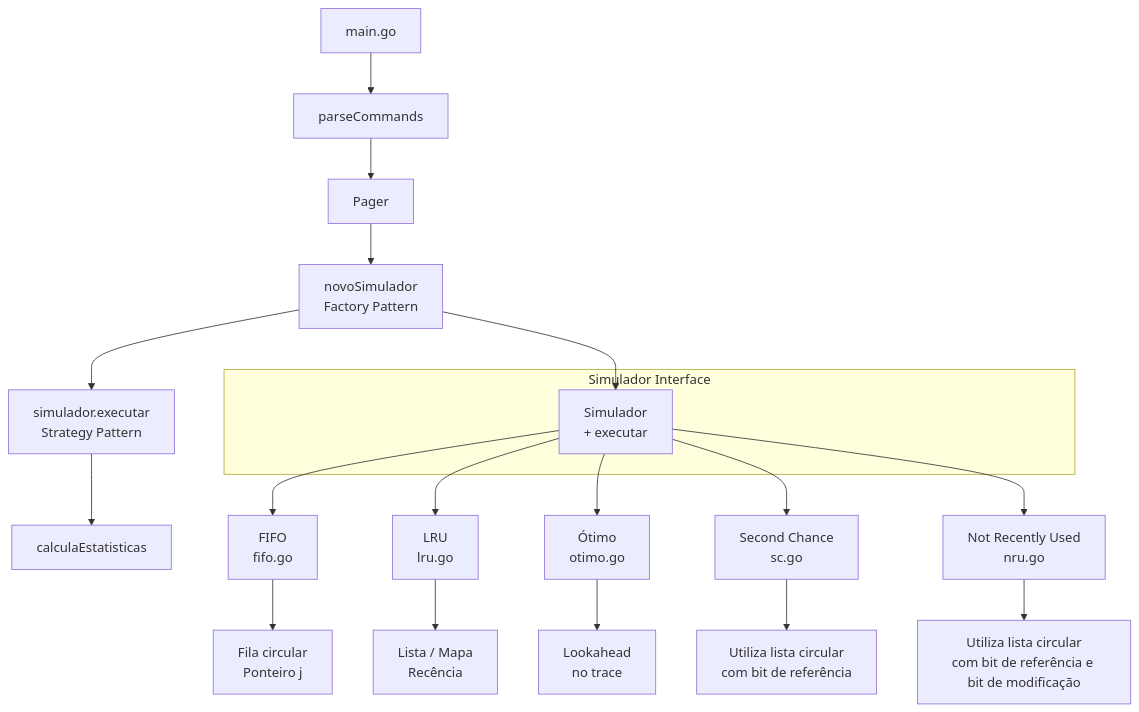
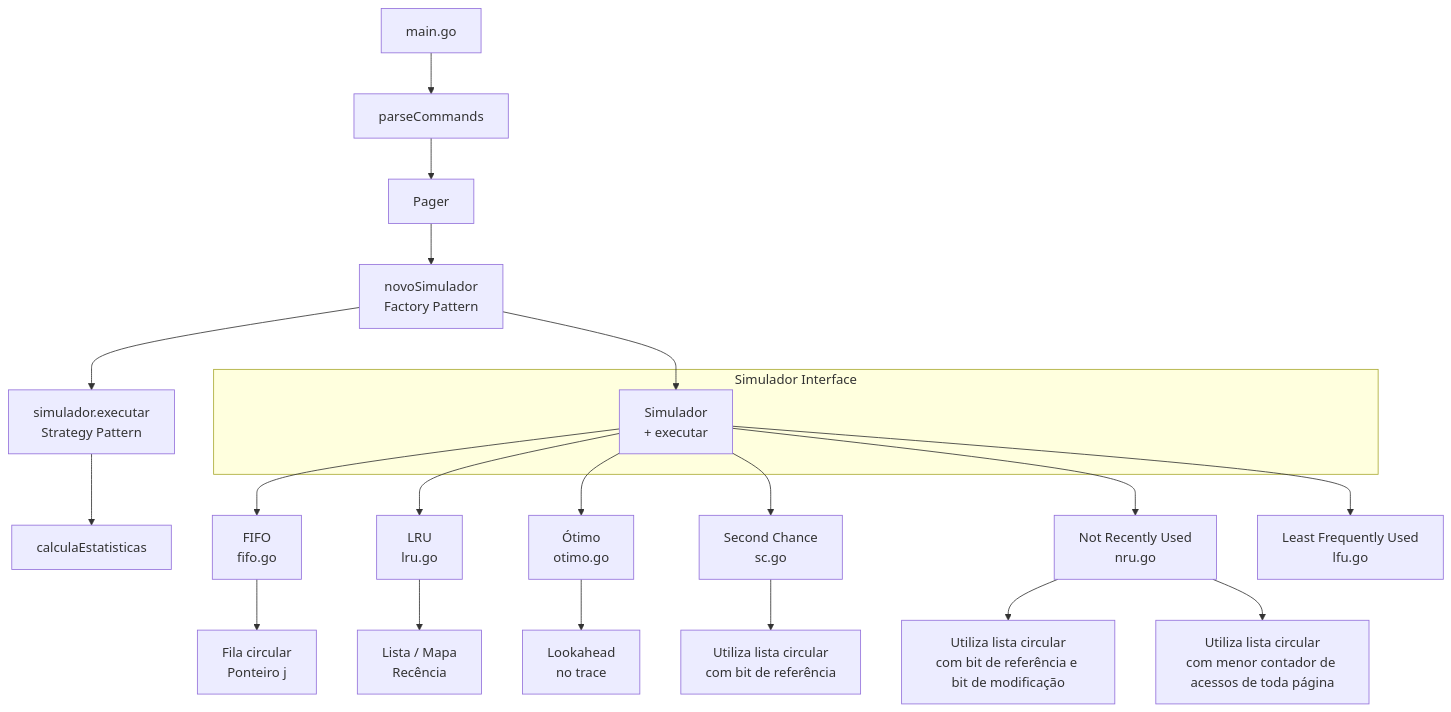
The diagram in trabalho_4/README.md (gcirineu18/Sistemas_operacionais), drawn with Mermaid before and after one commit. The commit also changed 3 other files, not shown here.

````diff
--- a/trabalho_4/README.md
+++ b/trabalho_4/README.md
@@ -105,29 +105,31 @@
 ```mermaid
 flowchart TB
     main[main.go]
 
     main --> parse[parseCommands]
     parse --> pager[Pager]
     pager --> factory[novoSimulador<br/>Factory Pattern]
     factory --> exec[simulador.executar<br/>Strategy Pattern]
     exec --> stats[calculaEstatisticas]
 
     subgraph Simulador Interface
         I[Simulador<br/>+ executar]
     end
 
     factory --> I
 
     I --> FIFO[FIFO<br/>fifo.go]
     I --> LRU[LRU<br/>lru.go]
     I --> OPT[Ótimo<br/>otimo.go]
     I --> SC[Second Chance<br/>sc.go]
     I --> NRU[Not Recently Used<br/>nru.go]
+    I --> LFU[Least Frequently Used<br/>lfu.go]
 
     FIFO --> fifo_desc[Fila circular<br/>Ponteiro j]
     LRU --> lru_desc[Lista / Mapa<br/>Recência]
     OPT --> opt_desc[Lookahead<br/>no trace]
     SC --> sc_desc[Utiliza lista circular<br/>com bit de referência]
     NRU --> nru_desc[Utiliza lista circular<br/>com bit de referência e bit de modificação]
+    NRU --> lfu_desc[Utiliza lista circular<br/>com menor contador de acessos de toda página]
 
 ```
````
